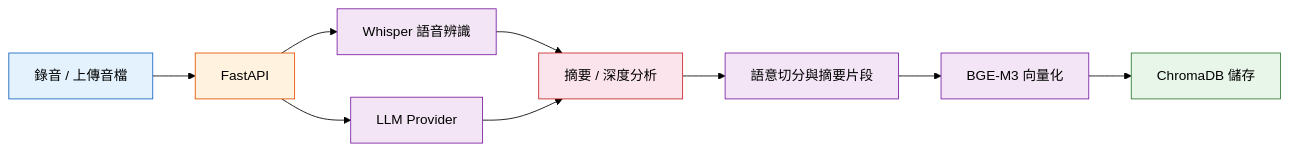
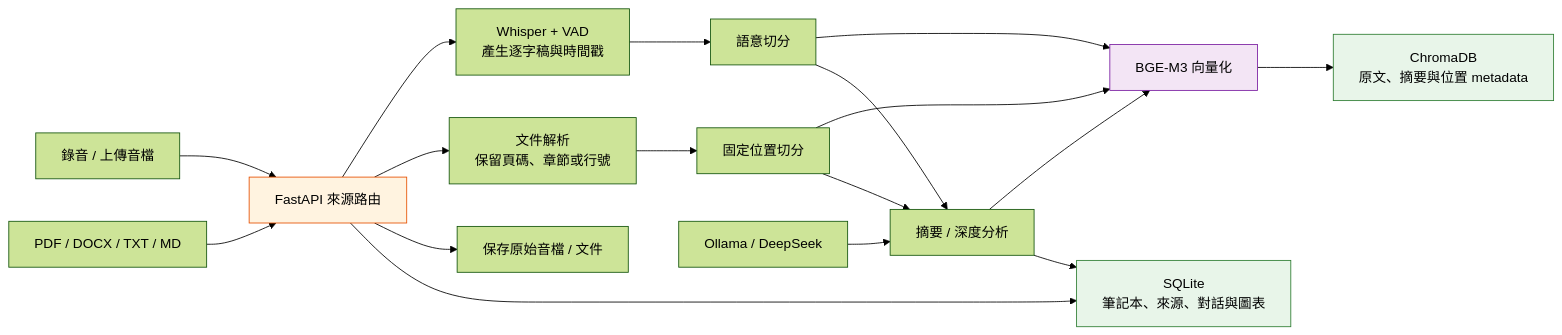
The first of 3 diagrams in README.md (victorhi2005-lang/VoiceRAG), drawn with Mermaid (forest theme) before and after one commit. The commit also changed other lines of this file, not shown here.

````diff
--- a/README.md
+++ b/README.md
@@ -71,20 +75,24 @@
 ```mermaid
 flowchart LR
-    A["錄音 / 上傳音檔"] --> B["FastAPI"]
-    B --> C["Whisper 語音辨識"]
-    C --> D["摘要 / 深度分析"]
-    D --> E["語意切分與摘要片段"]
-    E --> F["BGE-M3 向量化"]
-    F --> G["ChromaDB 儲存"]
-    B --> H["LLM Provider"]
-    H --> D
+    A["錄音 / 上傳音檔"] --> C["FastAPI 來源路由"]
+    B["PDF / DOCX / TXT / MD"] --> C
+    C --> D["Whisper + VAD<br/>產生逐字稿與時間戳"]
+    C --> E["文件解析<br/>保留頁碼、章節或行號"]
+    C --> F["保存原始音檔 / 文件"]
+    D --> G["語意切分"]
+    E --> H["固定位置切分"]
+    G --> I["BGE-M3 向量化"]
+    H --> I
+    G --> J["摘要 / 深度分析"]
+    H --> J
+    K["Ollama / DeepSeek"] --> J
+    J --> I
+    I --> L["ChromaDB<br/>原文、摘要與位置 metadata"]
+    C --> M["SQLite<br/>筆記本、來源、對話與圖表"]
+    J --> M
 
-    style A fill:#E3F2FD,stroke:#1565C0,color:#000
-    style B fill:#FFF3E0,stroke:#E65100,color:#000
-    style C fill:#F3E5F5,stroke:#7B1FA2,color:#000
-    style D fill:#FCE4EC,stroke:#C62828,color:#000
-    style E fill:#F3E5F5,stroke:#7B1FA2,color:#000
-    style F fill:#F3E5F5,stroke:#7B1FA2,color:#000
-    style G fill:#E8F5E9,stroke:#2E7D32,color:#000
-    style H fill:#F3E5F5,stroke:#7B1FA2,color:#000
+    style C fill:#FFF3E0,stroke:#E65100,color:#000
+    style I fill:#F3E5F5,stroke:#7B1FA2,color:#000
+    style L fill:#E8F5E9,stroke:#2E7D32,color:#000
+    style M fill:#E8F5E9,stroke:#2E7D32,color:#000
 ```
````
